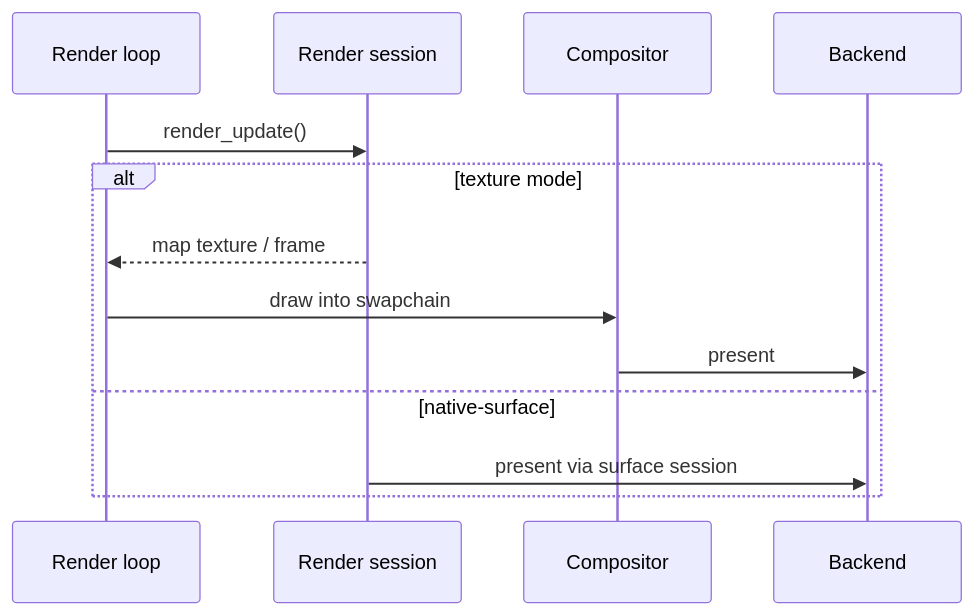
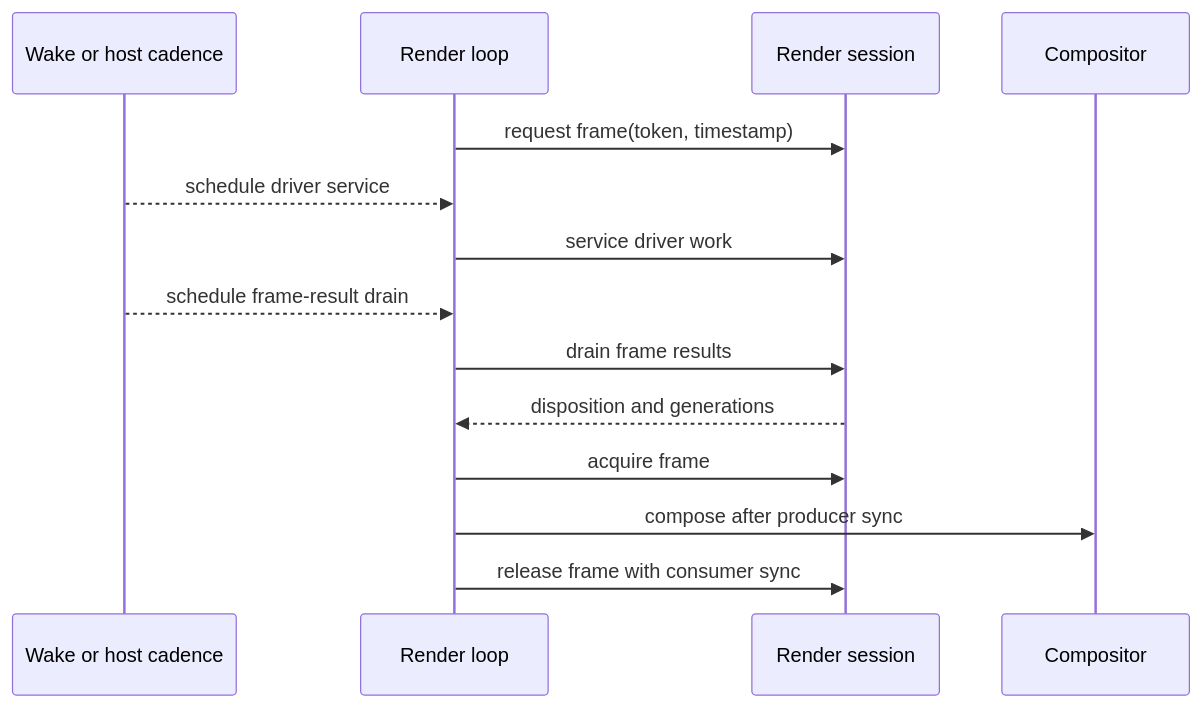
The second of 2 diagrams in docs/src/content/docs/development/map-example-specification.md (maplibre/maplibre-native-ffi), drawn with Mermaid before and after one commit. The commit also changed other lines of this file and 58 other files, not shown here.

````diff
--- a/docs/src/content/docs/development/map-example-specification.md
+++ b/docs/src/content/docs/development/map-example-specification.md
@@ -459,16 +341,17 @@
 ```mermaid
 sequenceDiagram
+  participant W as Wake or host cadence
   participant RL as Render loop
   participant RS as Render session
   participant CP as Compositor
-  participant BE as Backend
 
-  RL->>RS: render_update()
-  alt texture mode
-    RS-->>RL: map texture / frame
-    RL->>CP: draw into swapchain
-    CP->>BE: present
-  else native-surface
-    RS->>BE: present via surface session
-  end
+  RL->>RS: request frame(token, timestamp)
+  W-->>RL: schedule driver service
+  RL->>RS: service driver work
+  W-->>RL: schedule frame-result drain
+  RL->>RS: drain frame results
+  RS-->>RL: disposition and generations
+  RL->>RS: acquire frame
+  RL->>CP: compose after producer sync
+  RL->>RS: release frame with consumer sync
 ```
````
